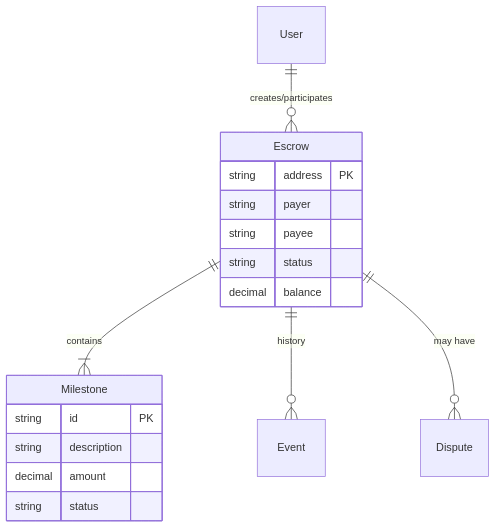
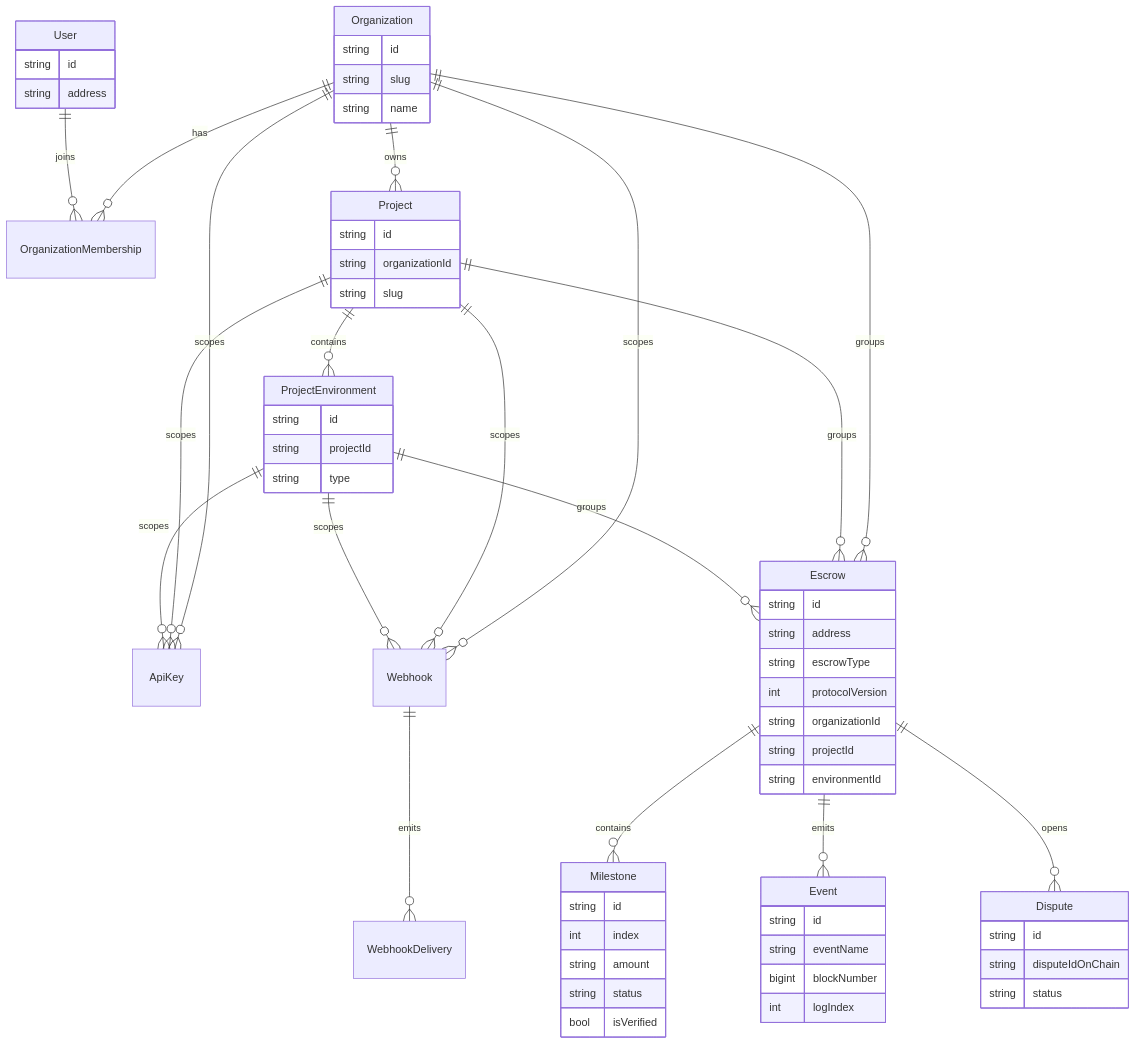
The third of 5 diagrams in Architecture.md (chetanya1998/EscrowKit), drawn with Mermaid before and after one commit. The commit also changed other lines of this file, not shown here.

Commit message:
docs: update architecture documentation with unified domain model and operational flows

````diff
--- a/Architecture.md
+++ b/Architecture.md
@@ -81,22 +312,78 @@
 ```mermaid
 erDiagram
-    User ||--o{ Escrow : "creates/participates"
-    Escrow ||--|{ Milestone : "contains"
-    Escrow ||--o{ Event : "history"
-    Escrow ||--o{ Dispute : "may have"
+    Organization ||--o{ OrganizationMembership : has
+    User ||--o{ OrganizationMembership : joins
+    Organization ||--o{ Project : owns
+    Project ||--o{ ProjectEnvironment : contains
+
+    Organization ||--o{ ApiKey : scopes
+    Project ||--o{ ApiKey : scopes
+    ProjectEnvironment ||--o{ ApiKey : scopes
+
+    Organization ||--o{ Webhook : scopes
+    Project ||--o{ Webhook : scopes
+    ProjectEnvironment ||--o{ Webhook : scopes
+    Webhook ||--o{ WebhookDelivery : emits
+
+    Organization ||--o{ Escrow : groups
+    Project ||--o{ Escrow : groups
+    ProjectEnvironment ||--o{ Escrow : groups
+
+    Escrow ||--o{ Milestone : contains
+    Escrow ||--o{ Event : emits
+    Escrow ||--o{ Dispute : opens
+
+    User {
+      string id
+      string address
+    }
+
+    Organization {
+      string id
+      string slug
+      string name
+    }
+
+    Project {
+      string id
+      string organizationId
+      string slug
+    }
+
+    ProjectEnvironment {
+      string id
+      string projectId
+      string type
+    }
 
     Escrow {
-        string address PK
-        string payer
-        string payee
-        string status
-        decimal balance
+      string id
+      string address
+      string escrowType
+      int protocolVersion
+      string organizationId
+      string projectId
+      string environmentId
     }
 
     Milestone {
-        string id PK
-        string description
-        decimal amount
-        string status
+      string id
+      int index
+      string amount
+      string status
+      bool isVerified
+    }
+
+    Event {
+      string id
+      string eventName
+      bigint blockNumber
+      int logIndex
+    }
+
+    Dispute {
+      string id
+      string disputeIdOnChain
+      string status
     }
 ```
````
